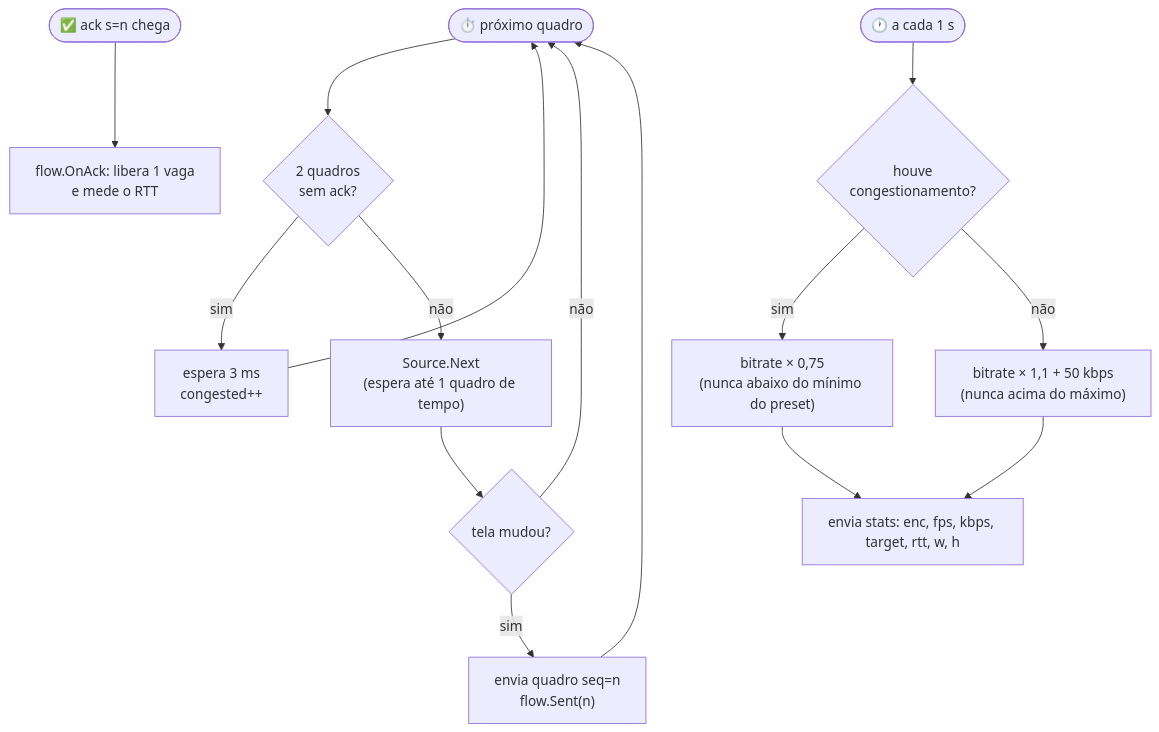
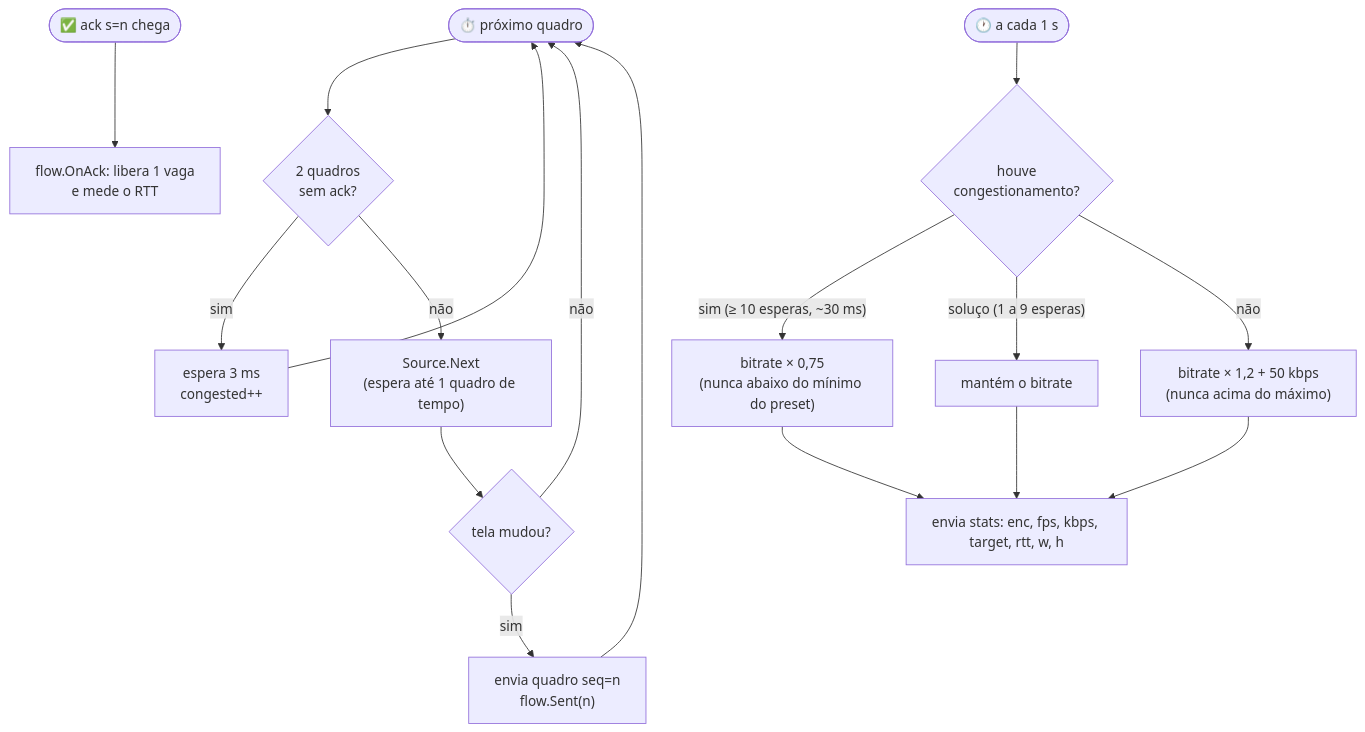
The sixth of 19 diagrams in docs/FLUXOS.md (caetasousa/remoteIT), drawn with Mermaid before and after one commit. The commit also changed other lines of this file and 63 other files, not shown here.

````diff
--- a/docs/FLUXOS.md
+++ b/docs/FLUXOS.md
@@ -222,15 +239,17 @@
 ```mermaid
 flowchart TD
     START(["⏱️ próximo quadro"]) --> Q{"2 quadros<br/>sem ack?"}
     Q -- sim --> W["espera 3 ms<br/>congested++"] --> START
     Q -- não --> N["Source.Next<br/>(espera até 1 quadro de tempo)"]
     N --> CH{"tela mudou?"}
     CH -- não --> START
     CH -- sim --> SEND["envia quadro seq=n<br/>flow.Sent(n)"] --> START
     ACK(["✅ ack s=n chega"]) --> RTT["flow.OnAck: libera 1 vaga<br/>e mede o RTT"]
     SEC(["🕐 a cada 1 s"]) --> B{"houve<br/>congestionamento?"}
-    B -- sim --> DOWN["bitrate × 0,75<br/>(nunca abaixo do mínimo do preset)"]
-    B -- não --> UP["bitrate × 1,1 + 50 kbps<br/>(nunca acima do máximo)"]
+    B -- "sim (≥ 10 esperas, ~30 ms)" --> DOWN["bitrate × 0,75<br/>(nunca abaixo do mínimo do preset)"]
+    B -- "soluço (1 a 9 esperas)" --> HOLD["mantém o bitrate"]
+    B -- não --> UP["bitrate × 1,2 + 50 kbps<br/>(nunca acima do máximo)"]
     DOWN --> STATS["envia stats: enc, fps, kbps, target, rtt, w, h"]
+    HOLD --> STATS
     UP --> STATS
 ```
````
